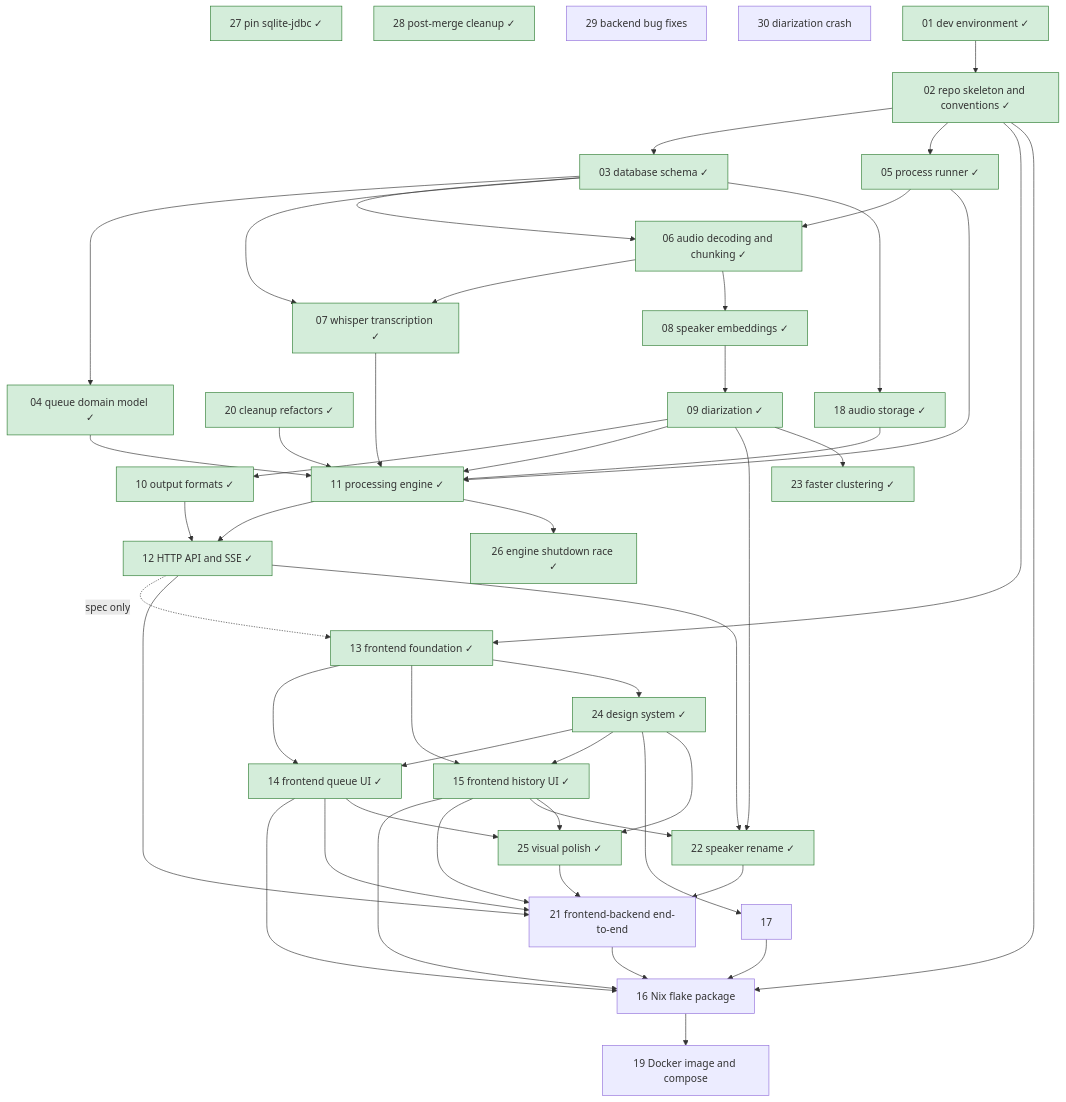
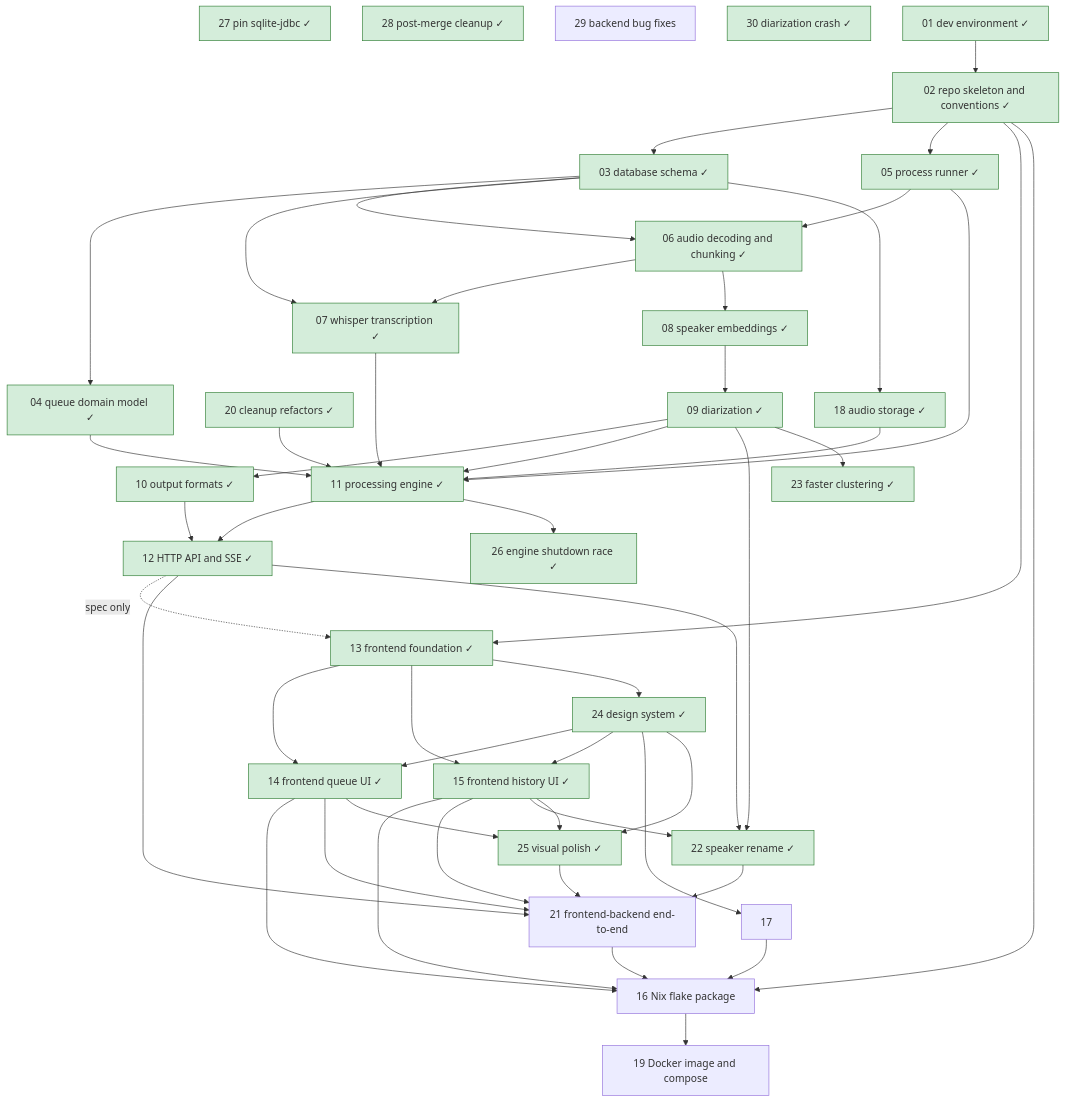
Before and after one commit to lulu-berlin/speech-to-text-app: the diagram in roadmap/README.md, drawn with Mermaid. The commit also changed other lines of this file and 1 other file, not shown here.

Commit message:
Complete roadmap item 30: move spec to docs/specs/onnxruntime-pin.md

````diff
--- a/roadmap/README.md
+++ b/roadmap/README.md
@@ -17,56 +17,56 @@
 ```mermaid
 graph TD
   01[01 dev environment ✓]:::done --> 02[02 repo skeleton and conventions ✓]:::done
   02 --> 03[03 database schema ✓]:::done
   03 --> 04[04 queue domain model ✓]:::done
   02 --> 05[05 process runner ✓]:::done
   05 --> 06[06 audio decoding and chunking ✓]:::done
   03 --> 06
   06 --> 07[07 whisper transcription ✓]:::done
   03 --> 07
   06 --> 08[08 speaker embeddings ✓]:::done
   08 --> 09[09 diarization ✓]:::done
   09 --> 10[10 output formats ✓]:::done
   04 --> 11[11 processing engine ✓]:::done
   05 --> 11
   07 --> 11
   09 --> 11
   03 --> 18[18 audio storage ✓]:::done
   18 --> 11
   20 --> 11
   11 --> 12[12 HTTP API and SSE ✓]:::done
   10 --> 12
   02 --> 13[13 frontend foundation ✓]:::done
   12 -. spec only .-> 13
   13 --> 14[14 frontend queue UI ✓]:::done
   13 --> 15[15 frontend history UI ✓]:::done
   02 --> 16[16 Nix flake package]
   14 --> 16
   15 --> 16
   17 --> 16
   20[20 cleanup refactors ✓]:::done
   12 --> 21[21 frontend-backend end-to-end]
   14 --> 21
   15 --> 21
   22 --> 21
   25 --> 21
   16 --> 19[19 Docker image and compose]
   21 --> 16
   09 --> 22[22 speaker rename ✓]:::done
   12 --> 22
   15 --> 22
   09 --> 23[23 faster clustering ✓]:::done
   13 --> 24[24 design system ✓]:::done
   24 --> 14
   24 --> 15
   24 --> 17
   24 --> 25[25 visual polish ✓]:::done
   14 --> 25
   15 --> 25
   11 --> 26[26 engine shutdown race ✓]:::done
   27[27 pin sqlite-jdbc ✓]:::done
   28[28 post-merge cleanup ✓]:::done
   29[29 backend bug fixes]
-  30[30 diarization crash]
+  30[30 diarization crash ✓]:::done
   classDef done fill:#d4edda,stroke:#2e7d32
 ```
````
